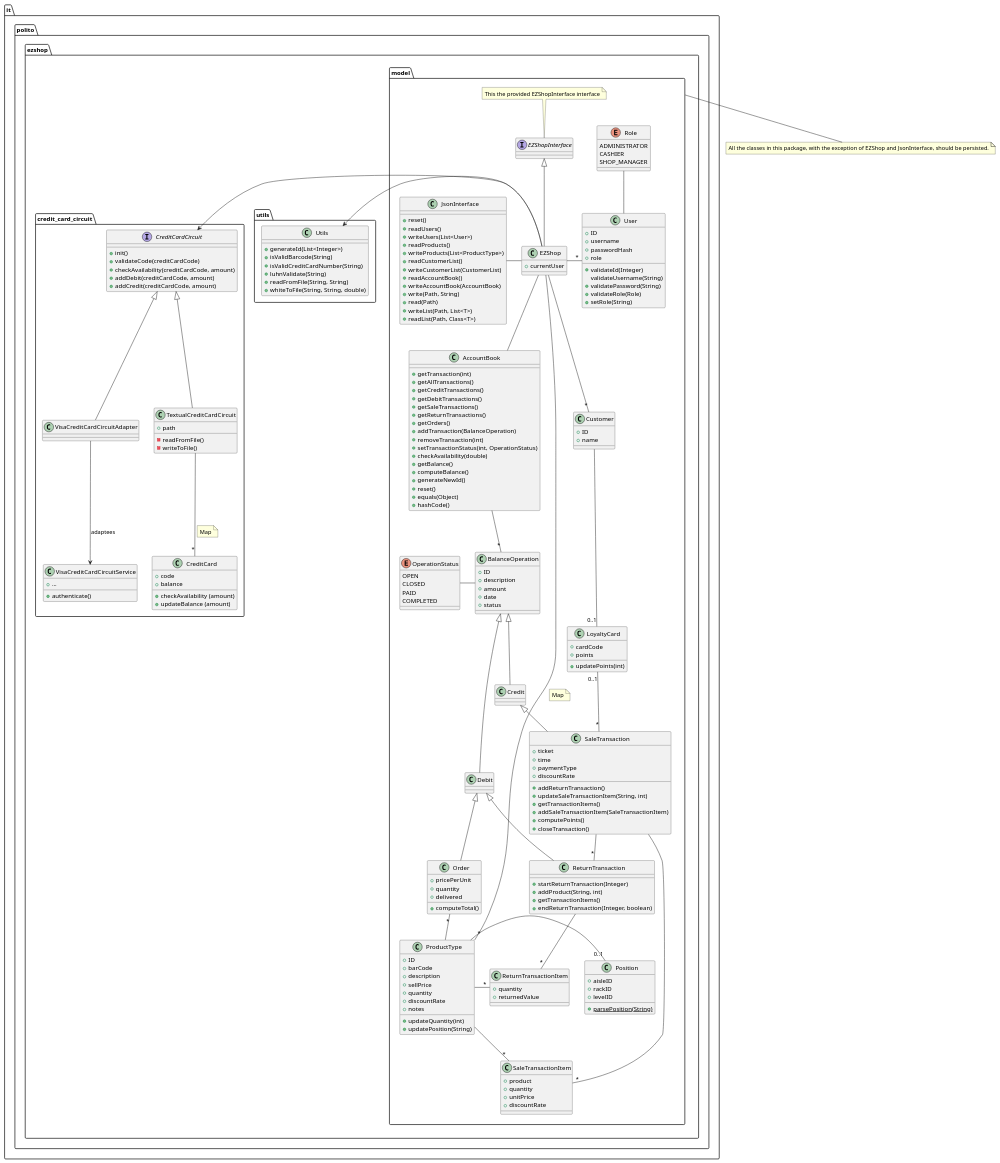
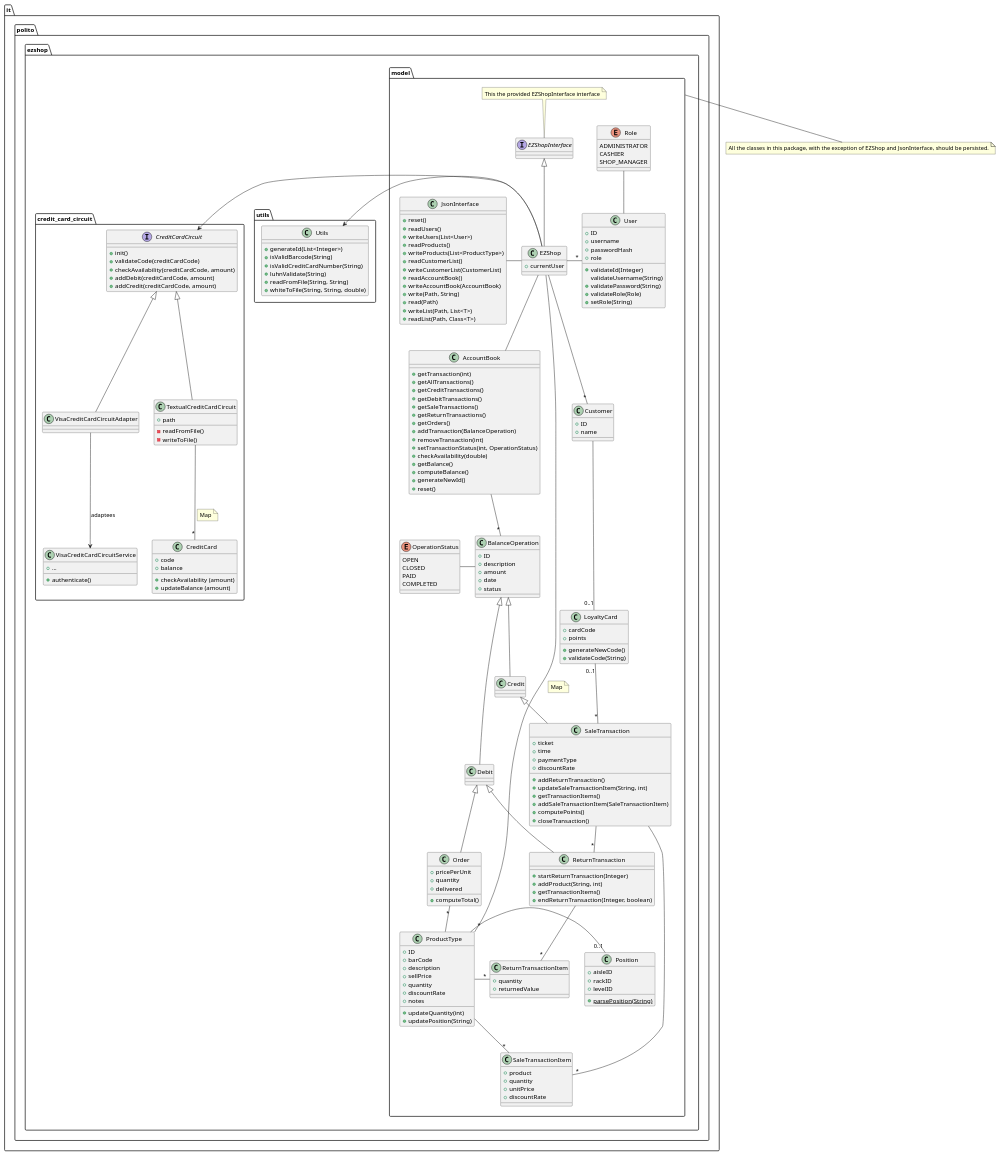
The third of 14 diagrams in Deliverables/DesignDocument.md (polito-se2-21-r03/se1-ezshop), drawn with PlantUML before and after one commit.

Commit message:
design document has been updated

```diff
--- a/Deliverables/DesignDocument.md
+++ b/Deliverables/DesignDocument.md
@@ -201,7 +201,8 @@
 class LoyaltyCard {
     + cardCode
     + points
-    + updatePoints(int)
+    + generateNewCode()
+    + validateCode(String)
 }
 
 class Customer {
@@ -275,8 +276,6 @@
     + computeBalance()
     + generateNewId()
     + reset()
-    + equals(Object)
-    + hashCode()
 }
 
 enum OperationStatus {
```
